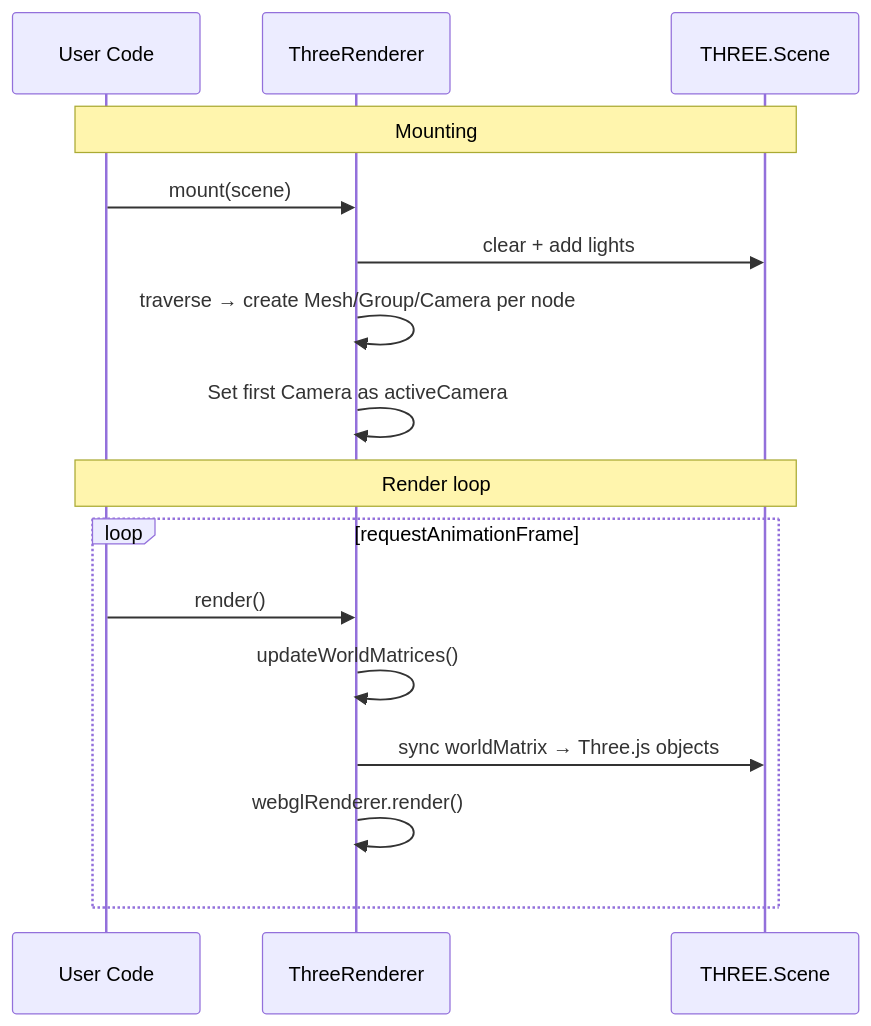
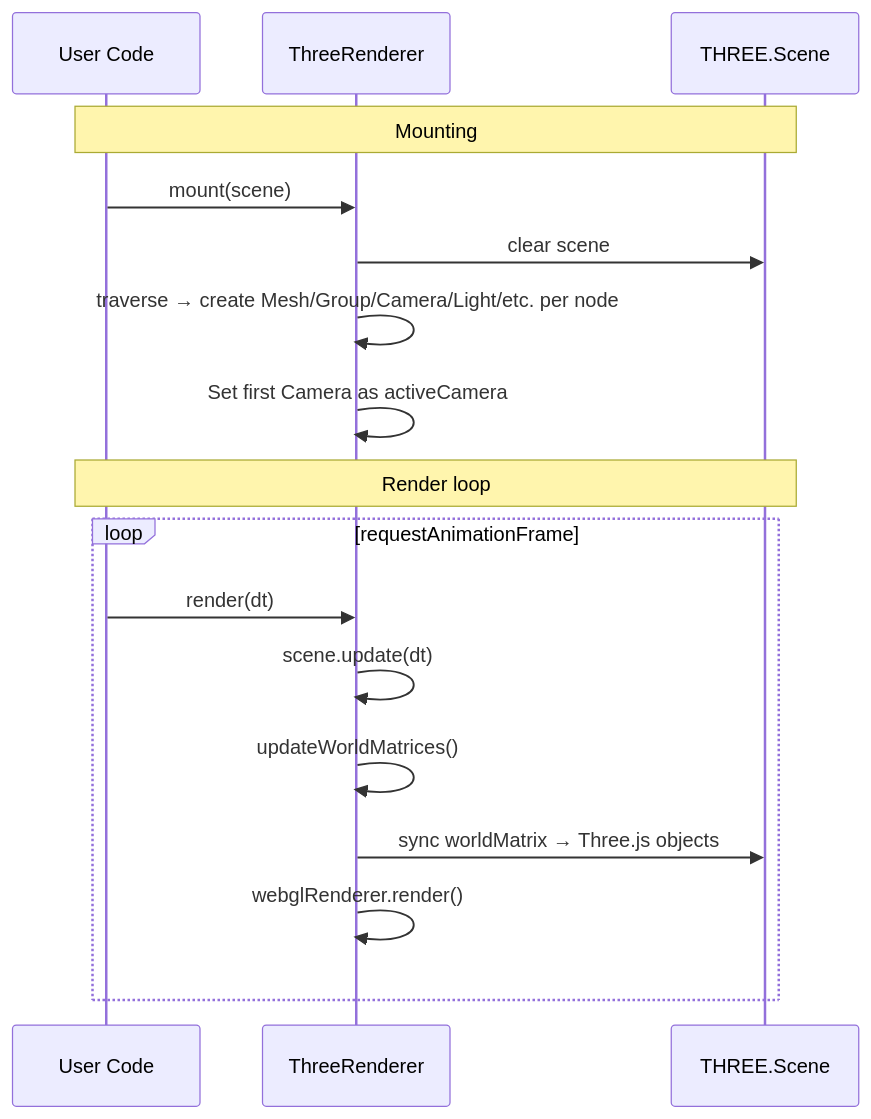
One commit to joshuacba08/oroya-animate changed the second of 4 diagrams in docs/renderers.md. Above: the diagram before and after it, drawn with Mermaid. The commit also changed other lines of this file and 39 other files, not shown here.

Commit message:
docs: initialize comprehensive documentation site and project architecture references

````diff
--- a/docs/renderers.md
+++ b/docs/renderers.md
@@ -69,20 +73,21 @@
 ```mermaid
 sequenceDiagram
     participant U as User Code
     participant TR as ThreeRenderer
     participant TS as THREE.Scene
 
     Note over U,TS: Mounting
     U->>TR: mount(scene)
-    TR->>TS: clear + add lights
-    TR->>TR: traverse → create Mesh/Group/Camera per node
+    TR->>TS: clear scene
+    TR->>TR: traverse → create Mesh/Group/Camera/Light/etc. per node
     TR->>TR: Set first Camera as activeCamera
 
     Note over U,TS: Render loop
     loop requestAnimationFrame
-        U->>TR: render()
+        U->>TR: render(dt)
+        TR->>TR: scene.update(dt)
         TR->>TR: updateWorldMatrices()
         TR->>TS: sync worldMatrix → Three.js objects
         TR->>TR: webglRenderer.render()
     end
 ```
````
